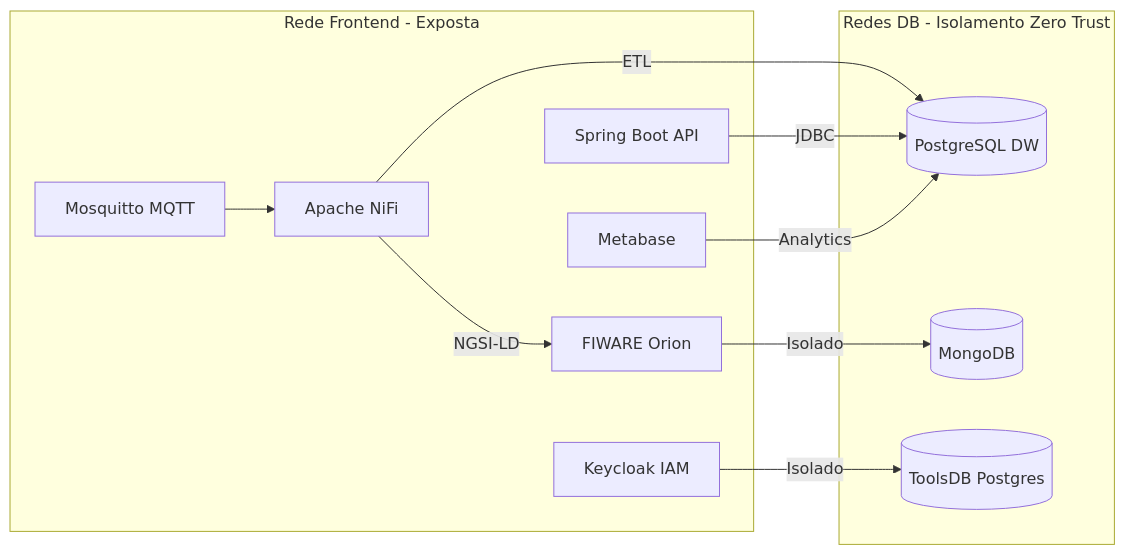
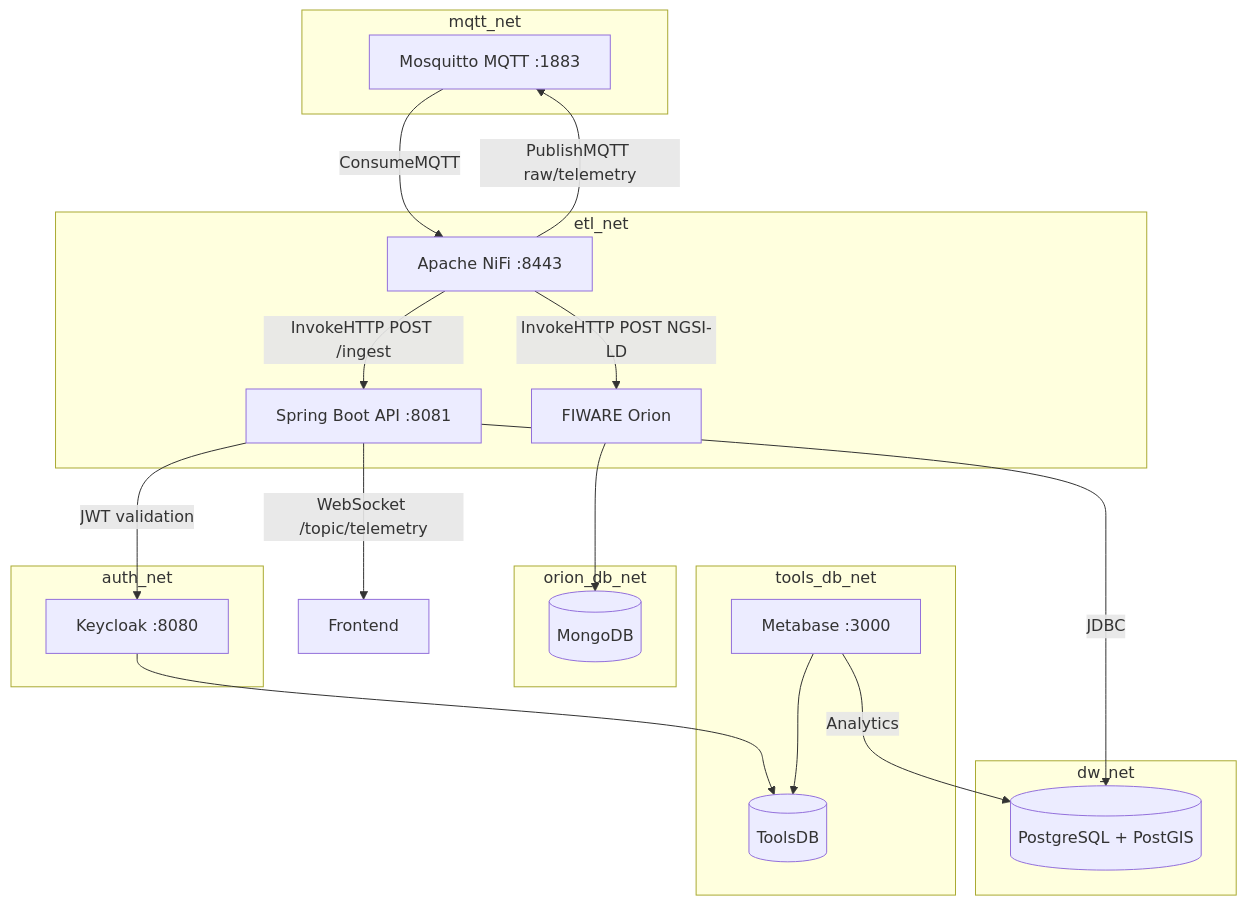
Before and after one commit to antosantosb/DAI: the diagram in README.md, drawn with Mermaid. The commit also changed other lines of this file and 15 other files, not shown here.

````diff
--- a/README.md
+++ b/README.md
@@ -22,25 +16,41 @@
 ```mermaid
-flowchart LR
-    subgraph Frontend Net [Rede Frontend - Exposta]
-        MQ[Mosquitto MQTT]
-        NF[Apache NiFi]
-        OR[FIWARE Orion]
-        KC[Keycloak IAM]
-        MB[Metabase]
-        API[Spring Boot API]
+flowchart TB
+    subgraph mqtt_net [mqtt_net]
+        MQ[Mosquitto MQTT :1883]
     end
 
-    subgraph Backend Nets [Redes DB - Isolamento Zero Trust]
-        DW[(PostgreSQL DW)]
-        MDB[(MongoDB)]
-        TDB[(ToolsDB Postgres)]
+    subgraph etl_net [etl_net]
+        NF[Apache NiFi :8443]
+        OR[FIWARE Orion]
+        API[Spring Boot API :8081]
     end
 
-    MQ --> NF
-    NF -->|NGSI-LD| OR
-    NF -->|ETL| DW
+    subgraph dw_net [dw_net]
+        DW[(PostgreSQL + PostGIS)]
+    end
+
+    subgraph orion_db_net [orion_db_net]
+        MDB[(MongoDB)]
+    end
+
+    subgraph auth_net [auth_net]
+        KC[Keycloak :8080]
+    end
+
+    subgraph tools_db_net [tools_db_net]
+        TDB[(ToolsDB)]
+        MB[Metabase :3000]
+    end
+
+    NF -->|PublishMQTT raw/telemetry| MQ
+    MQ -->|ConsumeMQTT| NF
+    NF -->|InvokeHTTP POST /ingest| API
+    NF -->|InvokeHTTP POST NGSI-LD| OR
+    API -->|WebSocket /topic/telemetry| FE[Frontend]
     API -->|JDBC| DW
     MB -->|Analytics| DW
-    OR -->|Isolado| MDB
-    KC -->|Isolado| TDB
+    OR --> MDB
+    KC --> TDB
+    MB --> TDB
+    API -->|JWT validation| KC
 ```
````
